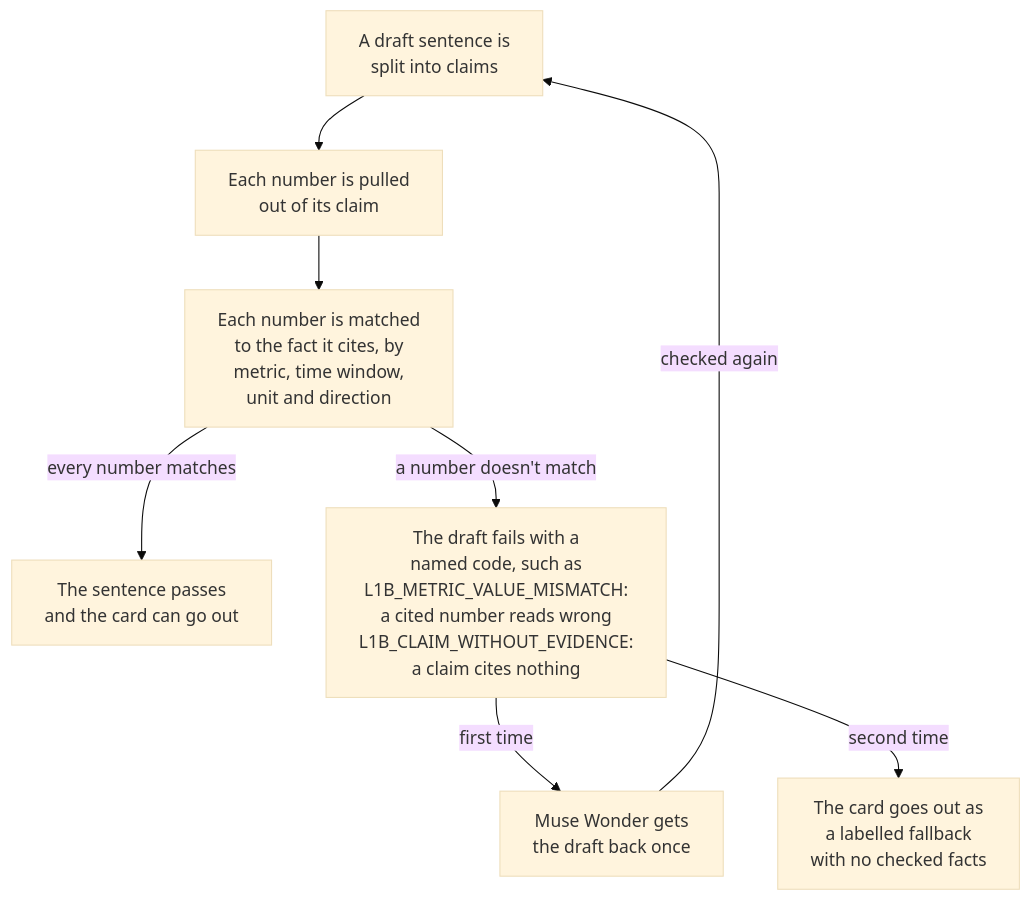
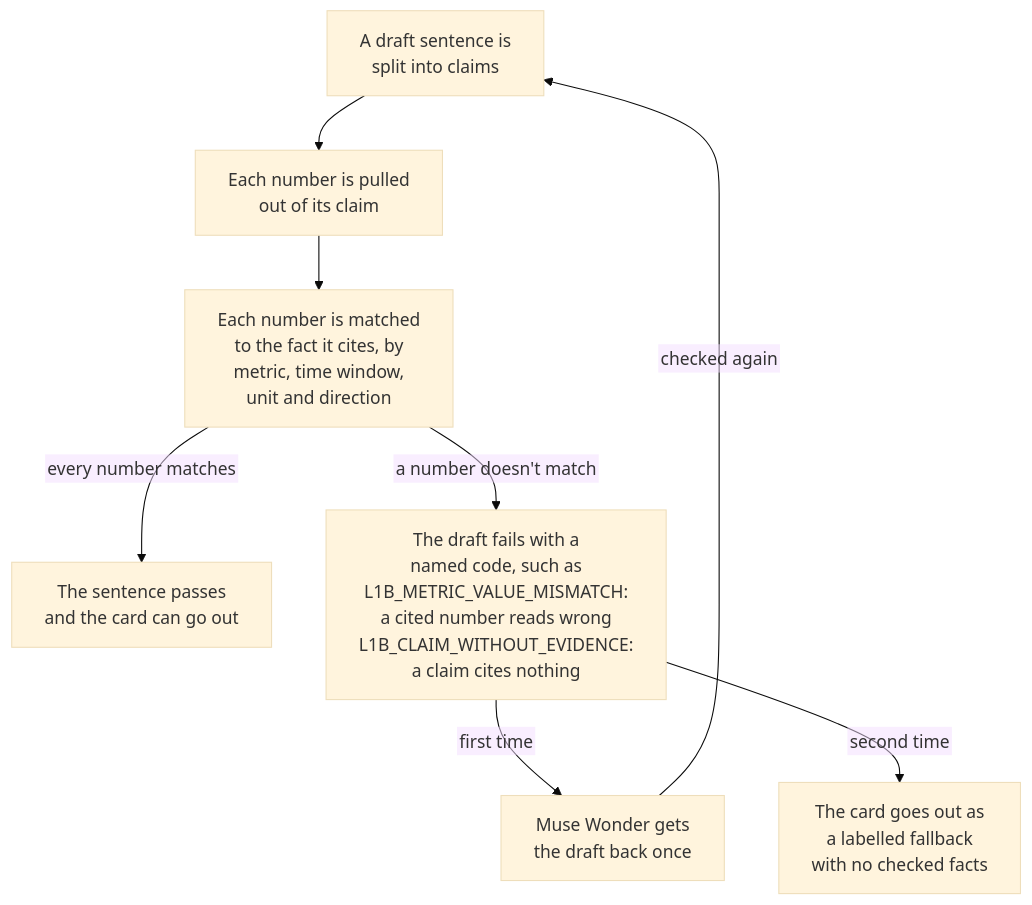
One commit to macayaven/ikigai-loop changed the second of 3 diagrams in README.md. Above: the diagram before and after it, drawn with Mermaid (base theme). The commit also changed other lines of this file and 1 other file, not shown here.

Commit message:
Docs 12: draw diagram labels as SVG text, which Safari renders

````diff
--- a/README.md
+++ b/README.md
@@ -65,15 +66,16 @@
 ```mermaid
+%%{init: {"flowchart": {"htmlLabels": false}}}%%
 flowchart TD
     Split["A draft sentence is<br/>split into claims"]
     Pull["Each number is pulled<br/>out of its claim"]
     Match["Each number is matched<br/>to the fact it cites, by<br/>metric, time window,<br/>unit and direction"]
     Pass["The sentence passes<br/>and the card can go out"]
     Fail["The draft fails with a<br/>named code, such as<br/>L1B_METRIC_VALUE_MISMATCH:<br/>a cited number reads wrong<br/>L1B_CLAIM_WITHOUT_EVIDENCE:<br/>a claim cites nothing"]
     Once["Muse Wonder gets<br/>the draft back once"]
     Fallback["The card goes out as<br/>a labelled fallback<br/>with no checked facts"]
     Split --> Pull --> Match
     Match -- "every number matches" --> Pass
     Match -- "a number doesn't match" --> Fail
     Fail -- "first time" --> Once -- "checked again" --> Split
     Fail -- "second time" --> Fallback
 ```
````
